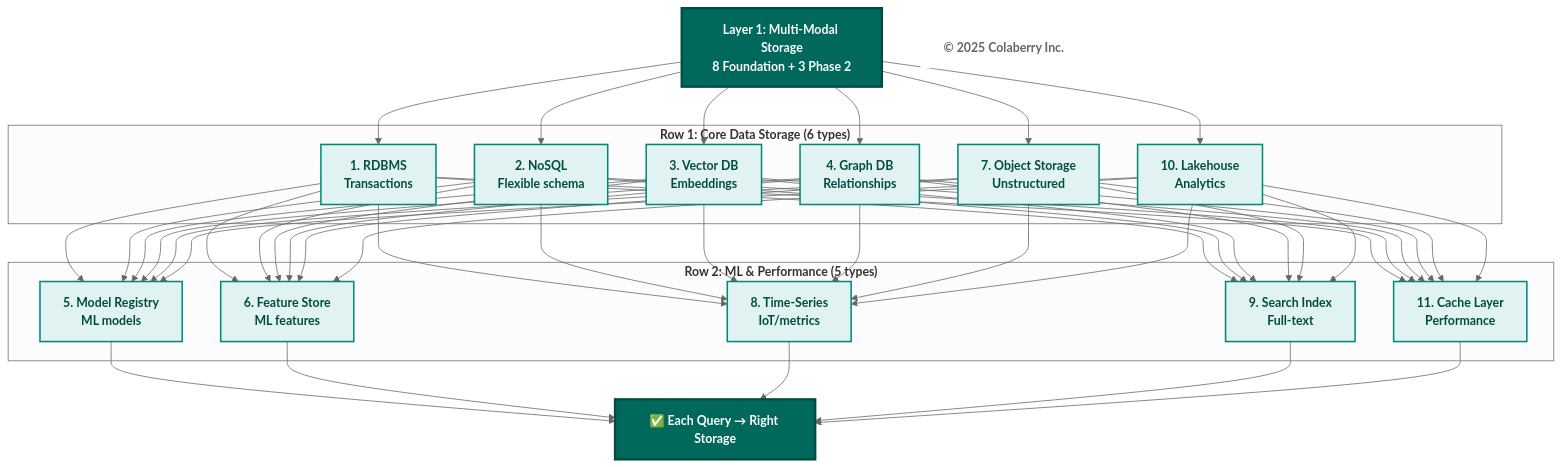
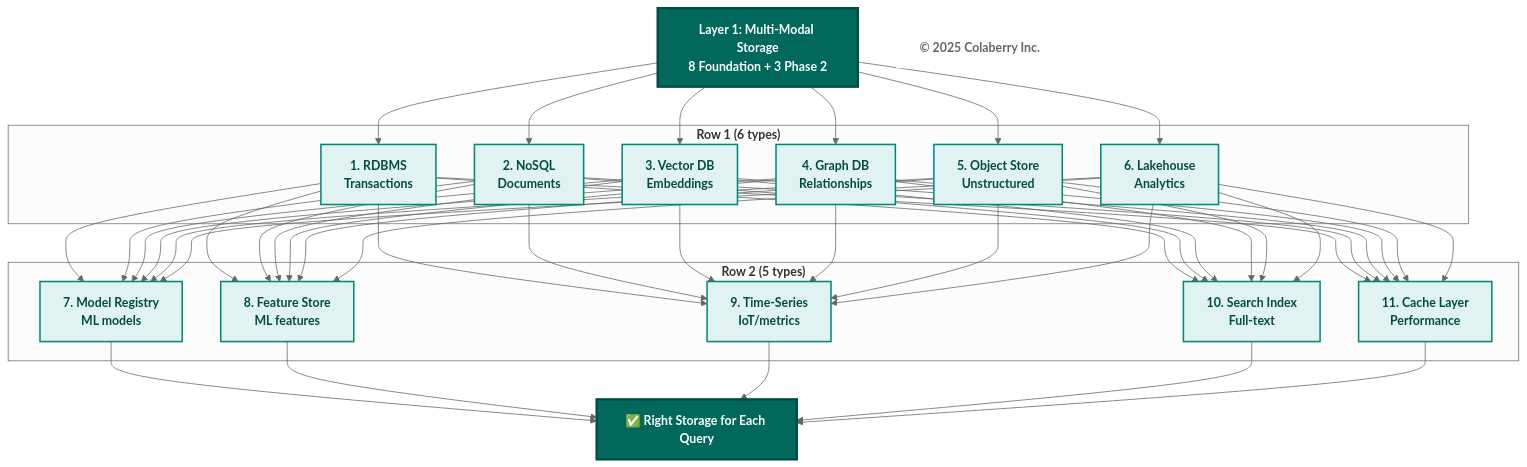
Before and after one commit to saitejesh-cyber/trust-before-intelligence-book: the fourth of 8 diagrams in manuscript/chapter_4_foundation_layers_v4_0.md, drawn with Mermaid (neutral theme). The commit also changed other lines of this file, not shown here.

Commit message:
diagrams updated
diagrams updated

````diff
--- a/manuscript/chapter_4_foundation_layers_v4_0.md
+++ b/manuscript/chapter_4_foundation_layers_v4_0.md
@@ -323,44 +323,44 @@
 ```mermaid
 graph TB
     TITLE["<b>Layer 1: Multi-Modal Storage</b><br/><b>8 Foundation + 3 Phase 2</b>"]
     
-    subgraph "<b>Row 1: Core Data Storage (6 types)</b>"
+    subgraph "<b>Row 1 (6 types)</b>"
         S1["<b>1. RDBMS</b><br/><b>Transactions</b>"]
-        S2["<b>2. NoSQL</b><br/><b>Flexible schema</b>"]
-        AI1["<b>3. Vector DB</b><br/><b>Embeddings</b>"]
-        AI2["<b>4. Graph DB</b><br/><b>Relationships</b>"]
-        SP1["<b>7. Object Storage</b><br/><b>Unstructured</b>"]
-        S3["<b>10. Lakehouse</b><br/><b>Analytics</b>"]
+        S2["<b>2. NoSQL</b><br/><b>Documents</b>"]
+        S3["<b>3. Vector DB</b><br/><b>Embeddings</b>"]
+        S4["<b>4. Graph DB</b><br/><b>Relationships</b>"]
+        S5["<b>5. Object Store</b><br/><b>Unstructured</b>"]
+        S6["<b>6. Lakehouse</b><br/><b>Analytics</b>"]
     end
     
-    subgraph "<b>Row 2: ML & Performance (5 types)</b>"
-        AI3["<b>5. Model Registry</b><br/><b>ML models</b>"]
-        AI4["<b>6. Feature Store</b><br/><b>ML features</b>"]
-        SP2["<b>8. Time-Series</b><br/><b>IoT/metrics</b>"]
-        SP3["<b>9. Search Index</b><br/><b>Full-text</b>"]
-        SP4["<b>11. Cache Layer</b><br/><b>Performance</b>"]
+    subgraph "<b>Row 2 (5 types)</b>"
+        S7["<b>7. Model Registry</b><br/><b>ML models</b>"]
+        S8["<b>8. Feature Store</b><br/><b>ML features</b>"]
+        S9["<b>9. Time-Series</b><br/><b>IoT/metrics</b>"]
+        S10["<b>10. Search Index</b><br/><b>Full-text</b>"]
+        S11["<b>11. Cache Layer</b><br/><b>Performance</b>"]
     end
     
-    OUTPUT["<b>✅ Each Query → Right Storage</b>"]
+    OUTPUT["<b>✅ Right Storage for Each Query</b>"]
     
     Copyright["<b>© 2025 Colaberry Inc.</b>"]
     
-    TITLE --> S1 & S2 & AI1 & AI2 & SP1 & S3
-    S1 & S2 & AI1 & AI2 & SP1 & S3 --> AI3 & AI4 & SP2 & SP3 & SP4
-    AI3 & AI4 & SP2 & SP3 & SP4 --> OUTPUT
+    TITLE --> S1 & S2 & S3 & S4 & S5 & S6
+    S1 & S2 & S3 & S4 & S5 & S6 --> S7 & S8 & S9 & S10 & S11
+    S7 & S8 & S9 & S10 & S11 --> OUTPUT
     
     style TITLE fill:#00695c,color:#ffffff,stroke:#004d40,stroke-width:3px
     style S1 fill:#e0f2f1,stroke:#00897b,stroke-width:2px,color:#004d40
     style S2 fill:#e0f2f1,stroke:#00897b,stroke-width:2px,color:#004d40
     style S3 fill:#e0f2f1,stroke:#00897b,stroke-width:2px,color:#004d40
-    style AI1 fill:#e0f2f1,stroke:#00897b,stroke-width:2px,color:#004d40
-    style AI2 fill:#e0f2f1,stroke:#00897b,stroke-width:2px,color:#004d40
-    style AI3 fill:#e0f2f1,stroke:#00897b,stroke-width:2px,color:#004d40
-    style AI4 fill:#e0f2f1,stroke:#00897b,stroke-width:2px,color:#004d40
-    style SP1 fill:#e0f2f1,stroke:#00897b,stroke-width:2px,color:#004d40
-    style SP2 fill:#e0f2f1,stroke:#00897b,stroke-width:2px,color:#004d40
-    style SP3 fill:#e0f2f1,stroke:#00897b,stroke-width:2px,color:#004d40
-    style SP4 fill:#e0f2f1,stroke:#00897b,stroke-width:2px,color:#004d40
+    style S4 fill:#e0f2f1,stroke:#00897b,stroke-width:2px,color:#004d40
+    style S5 fill:#e0f2f1,stroke:#00897b,stroke-width:2px,color:#004d40
+    style S6 fill:#e0f2f1,stroke:#00897b,stroke-width:2px,color:#004d40
+    style S7 fill:#e0f2f1,stroke:#00897b,stroke-width:2px,color:#004d40
+    style S8 fill:#e0f2f1,stroke:#00897b,stroke-width:2px,color:#004d40
+    style S9 fill:#e0f2f1,stroke:#00897b,stroke-width:2px,color:#004d40
+    style S10 fill:#e0f2f1,stroke:#00897b,stroke-width:2px,color:#004d40
+    style S11 fill:#e0f2f1,stroke:#00897b,stroke-width:2px,color:#004d40
     style OUTPUT fill:#00695c,color:#ffffff,stroke:#004d40,stroke-width:3px
     style Copyright fill:#ffffff,stroke:none,color:#666666
 ```
````
